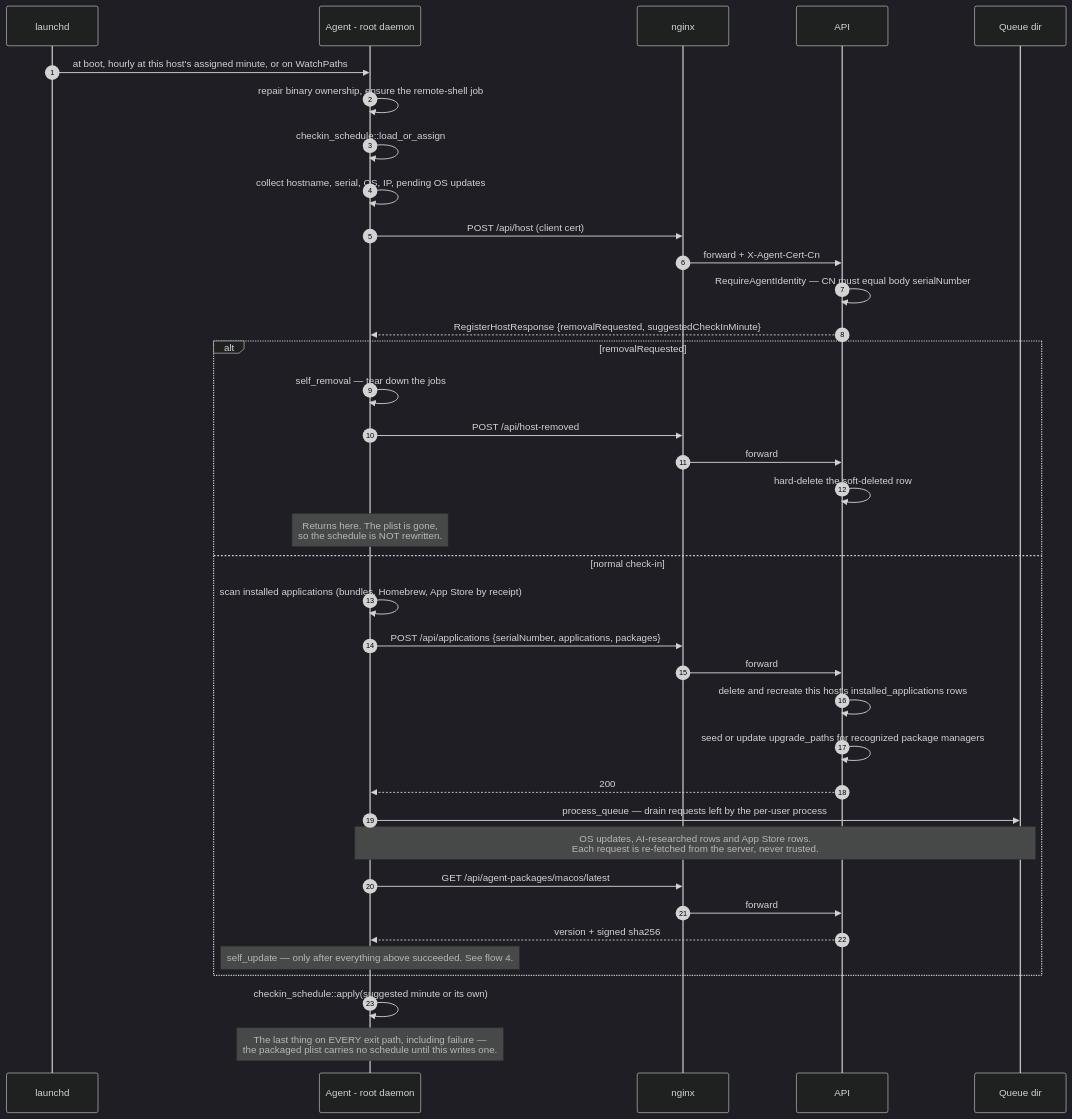
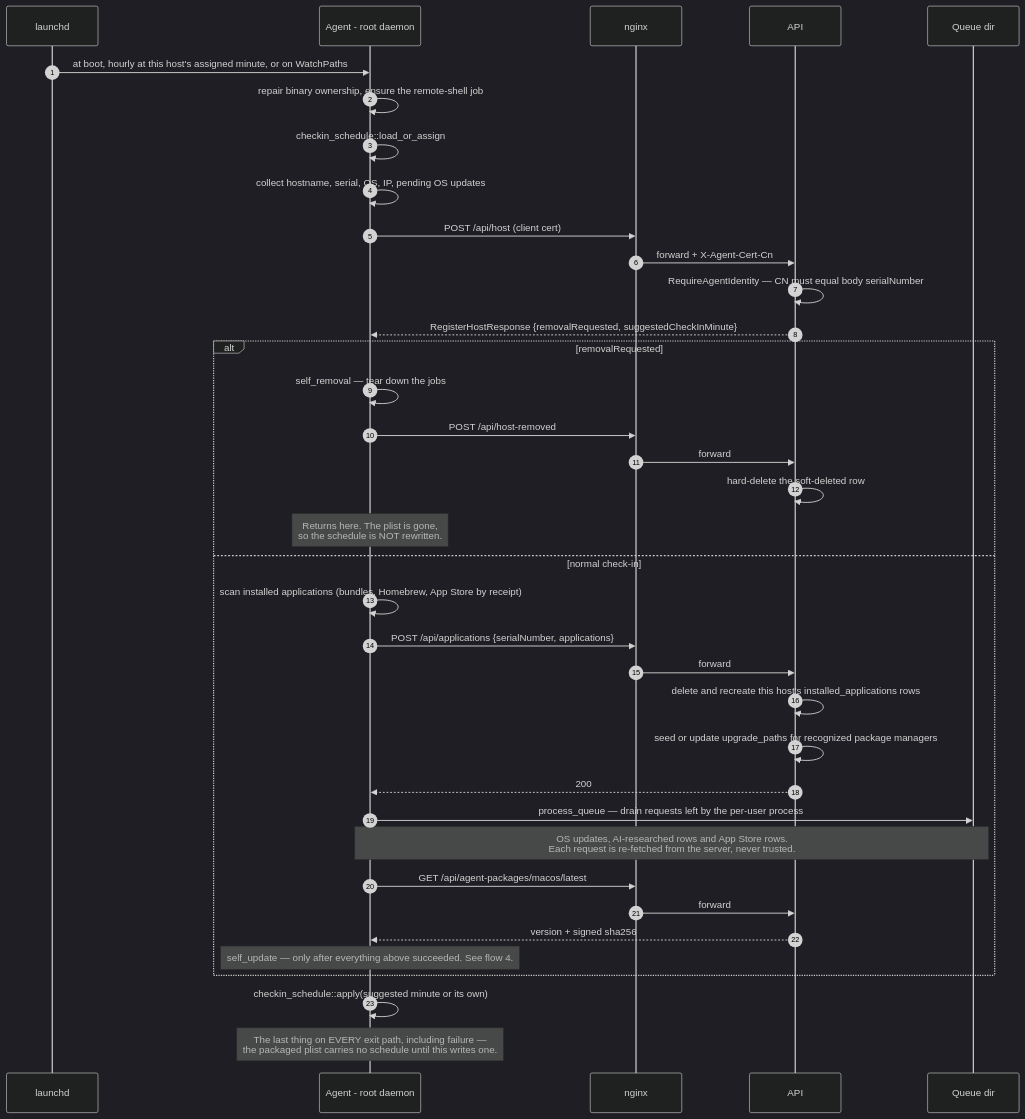
Before and after one commit to hobleyd/kintsugi: the second of 9 diagrams in ARCHITECTURE.md, drawn with Mermaid (dark theme). The commit also changed other lines of this file and 1 other file, not shown here.

First line of the commit message:
Put nginx back in the self-update flow, and point at the diagrams from CLAUDE.md

````diff
--- a/ARCHITECTURE.md
+++ b/ARCHITECTURE.md
@@ -74,45 +74,45 @@
 ```mermaid
 sequenceDiagram
     autonumber
     participant Launchd as launchd
     participant Root as Agent - root daemon
     participant Nginx as nginx
     participant Api as API
     participant Queue as Queue dir
 
     Launchd->>Root: at boot, hourly at this host's assigned minute, or on WatchPaths
     Root->>Root: repair binary ownership, ensure the remote-shell job
     Root->>Root: checkin_schedule::load_or_assign
 
     Root->>Root: collect hostname, serial, OS, IP, pending OS updates
     Root->>Nginx: POST /api/host (client cert)
     Nginx->>Api: forward + X-Agent-Cert-Cn
     Api->>Api: RequireAgentIdentity — CN must equal body serialNumber
     Api-->>Root: RegisterHostResponse {removalRequested, suggestedCheckInMinute}
 
     alt removalRequested
         Root->>Root: self_removal — tear down the jobs
         Root->>Nginx: POST /api/host-removed
         Nginx->>Api: forward
         Api->>Api: hard-delete the soft-deleted row
         Note over Root: Returns here. The plist is gone,<br/>so the schedule is NOT rewritten.
     else normal check-in
         Root->>Root: scan installed applications (bundles, Homebrew, App Store by receipt)
-        Root->>Nginx: POST /api/applications {serialNumber, applications, packages}
+        Root->>Nginx: POST /api/applications {serialNumber, applications}
         Nginx->>Api: forward
         Api->>Api: delete and recreate this host's installed_applications rows
         Api->>Api: seed or update upgrade_paths for recognized package managers
         Api-->>Root: 200
 
         Root->>Queue: process_queue — drain requests left by the per-user process
         Note over Root,Queue: OS updates, AI-researched rows and App Store rows.<br/>Each request is re-fetched from the server, never trusted.
 
         Root->>Nginx: GET /api/agent-packages/macos/latest
         Nginx->>Api: forward
         Api-->>Root: version + signed sha256
         Note over Root: self_update — only after everything above succeeded. See flow 4.
     end
 
     Root->>Root: checkin_schedule::apply(suggested minute or its own)
     Note over Root: The last thing on EVERY exit path, including failure —<br/>the packaged plist carries no schedule until this writes one.
 ```
````
